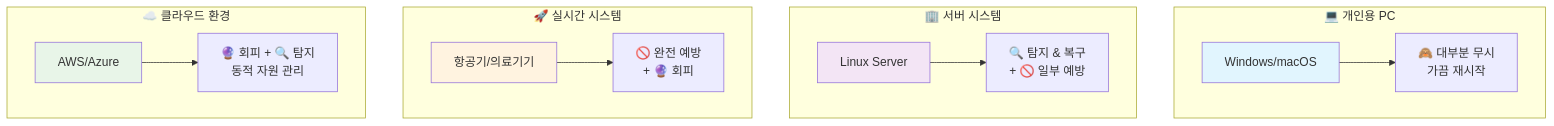
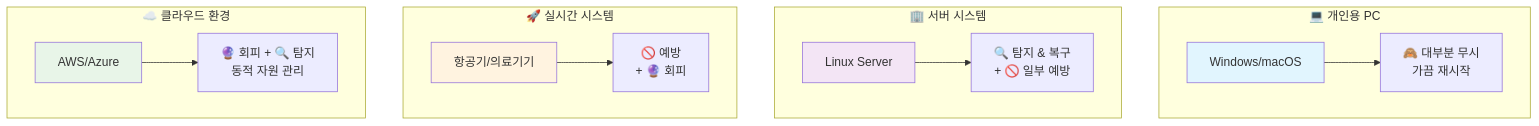
One commit to choisimo/document changed diagram 13 of 31 in content/archive/legacy/OS/video/deadlock1.md. Above: the diagram before and after it, drawn with Mermaid. The commit also changed other lines of this file and 432 other files, not shown here.

````diff
--- a/content/archive/legacy/OS/video/deadlock1.md
+++ b/content/archive/legacy/OS/video/deadlock1.md
@@ -380,27 +380,27 @@
 ```mermaid
 graph TB
     subgraph "💻 개인용 PC"
         PC[Windows/macOS]
         PC --> PCStrategy[🙈 대부분 무시<br/>가끔 재시작]
     end
 
     subgraph "🏢 서버 시스템"
         Server[Linux Server]
         Server --> ServerStrategy[🔍 탐지 & 복구<br/>+ 🚫 일부 예방]
     end
 
     subgraph "🚀 실시간 시스템"
         RT[항공기/의료기기]
-        RT --> RTStrategy[🚫 완전 예방<br/>+ 🔮 회피]
+        RT --> RTStrategy[🚫 예방<br/>+ 🔮 회피]
     end
 
     subgraph "☁️ 클라우드 환경"
         Cloud[AWS/Azure]
         Cloud --> CloudStrategy[🔮 회피 + 🔍 탐지<br/>동적 자원 관리]
     end
 
     style PC fill:#e1f5fe
     style Server fill:#f3e5f5
     style RT fill:#fff3e0
     style Cloud fill:#e8f5e8
 ```
````
